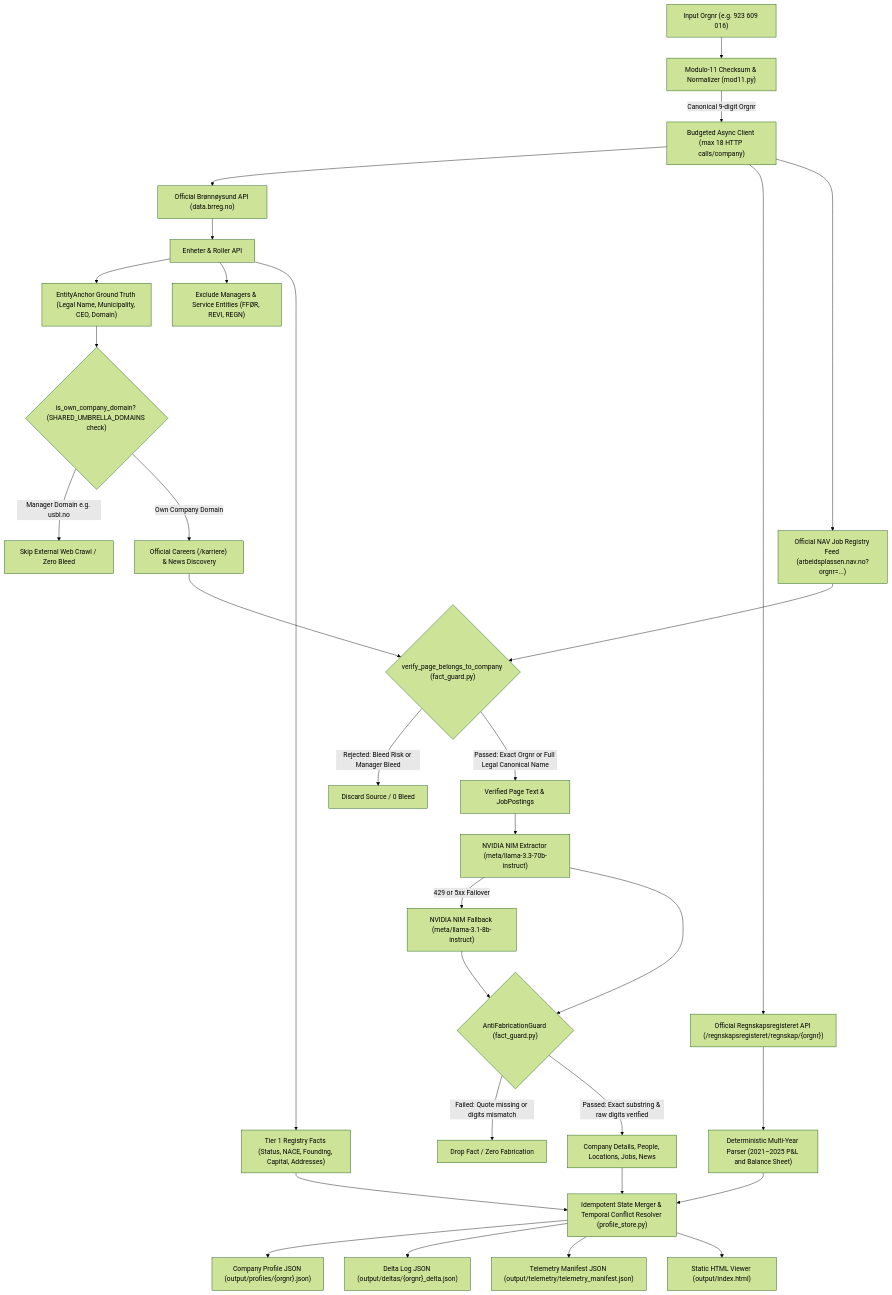
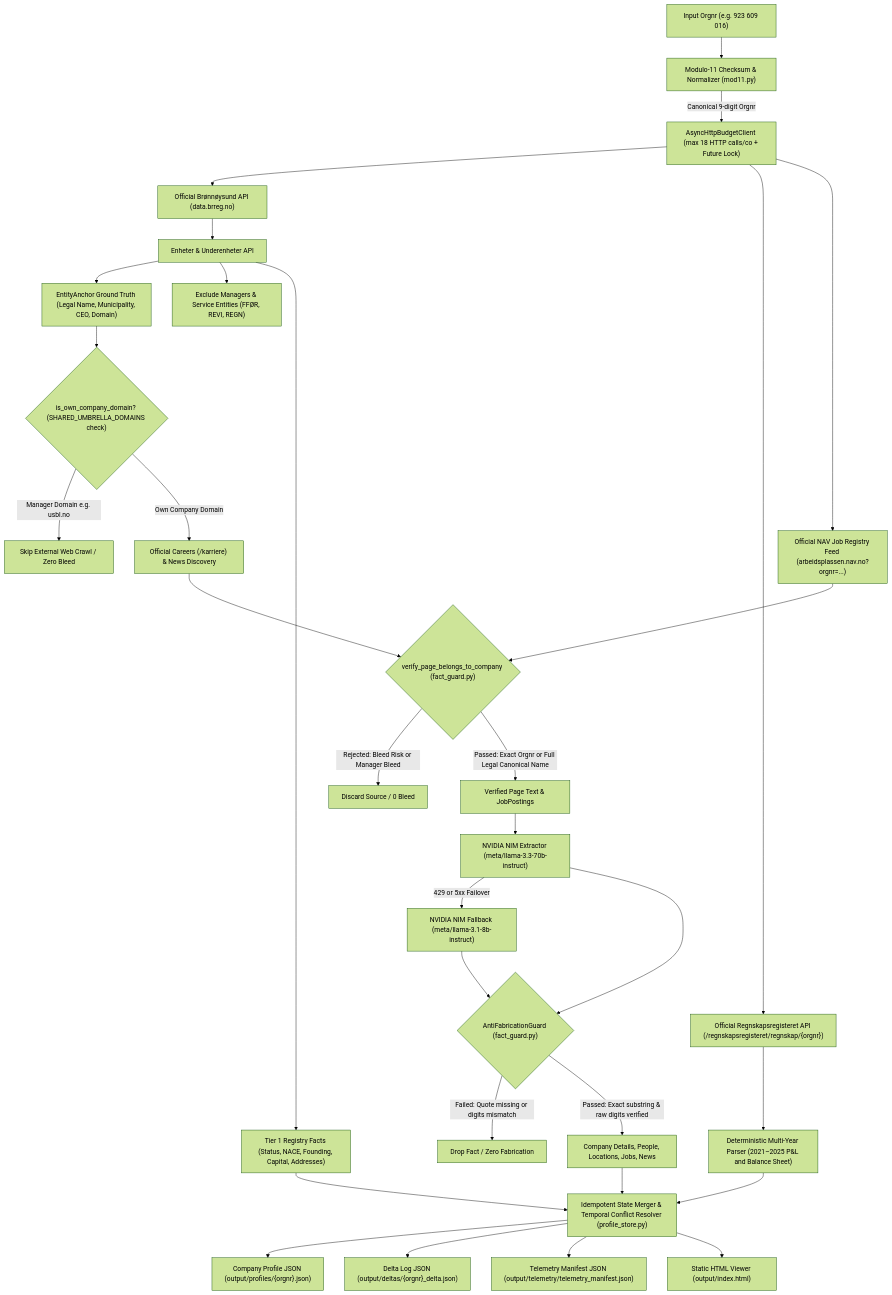
One commit to shivadutt-singh/signalpost-agent changed the diagram in README.md. Above: the diagram before and after it, drawn with Mermaid (forest theme). The commit also changed other lines of this file, not shown here.

````diff
--- a/README.md
+++ b/README.md
@@ -106,43 +109,43 @@
 ```mermaid
 flowchart TD
     A["Input Orgnr (e.g. 923 609 016)"] --> B["Modulo-11 Checksum & Normalizer (mod11.py)"]
-    B -->|Canonical 9-digit Orgnr| C["Budgeted Async Client (max 18 HTTP calls/company)"]
+    B -->|Canonical 9-digit Orgnr| C["AsyncHttpBudgetClient (max 18 HTTP calls/co + Future Lock)"]
     
     C --> D["Official Brønnøysund API (data.brreg.no)"]
-    D --> E["Enheter & Roller API"]
+    D --> E["Enheter & Underenheter API"]
     E --> F["EntityAnchor Ground Truth (Legal Name, Municipality, CEO, Domain)"]
     E --> F2["Exclude Managers & Service Entities (FFØR, REVI, REGN)"]
     E --> G["Tier 1 Registry Facts (Status, NACE, Founding, Capital, Addresses)"]
     
     C --> H1["Official Regnskapsregisteret API (/regnskapsregisteret/regnskap/{orgnr})"]
     H1 --> H2["Deterministic Multi-Year Parser (2021–2025 P&L and Balance Sheet)"]
     
     F --> I1{"is_own_company_domain? (SHARED_UMBRELLA_DOMAINS check)"}
     I1 -->|Manager Domain e.g. usbl.no| I2["Skip External Web Crawl / Zero Bleed"]
     I1 -->|Own Company Domain| I3["Official Careers (/karriere) & News Discovery"]
     
     C --> J1["Official NAV Job Registry Feed (arbeidsplassen.nav.no?orgnr=...)"]
     
     I3 --> K{"verify_page_belongs_to_company (fact_guard.py)"}
     J1 --> K
     
     K -->|Rejected: Bleed Risk or Manager Bleed| L["Discard Source / 0 Bleed"]
     K -->|Passed: Exact Orgnr or Full Legal Canonical Name| M["Verified Page Text & JobPostings"]
     
     M --> N["NVIDIA NIM Extractor (meta/llama-3.3-70b-instruct)"]
     N -->|429 or 5xx Failover| N2["NVIDIA NIM Fallback (meta/llama-3.1-8b-instruct)"]
     N --> O{"AntiFabricationGuard (fact_guard.py)"}
     N2 --> O
     
     O -->|Failed: Quote missing or digits mismatch| P["Drop Fact / Zero Fabrication"]
     O -->|Passed: Exact substring & raw digits verified| Q["Company Details, People, Locations, Jobs, News"]
     
     G --> R["Idempotent State Merger & Temporal Conflict Resolver (profile_store.py)"]
     H2 --> R
     Q --> R
     
     R --> S["Company Profile JSON (output/profiles/{orgnr}.json)"]
     R --> T["Delta Log JSON (output/deltas/{orgnr}_delta.json)"]
     R --> U["Telemetry Manifest JSON (output/telemetry/telemetry_manifest.json)"]
     R --> V["Static HTML Viewer (output/index.html)"]
 ```
````
